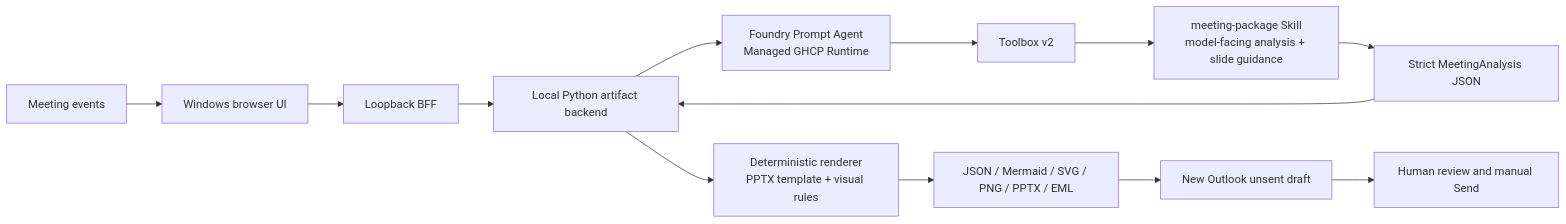
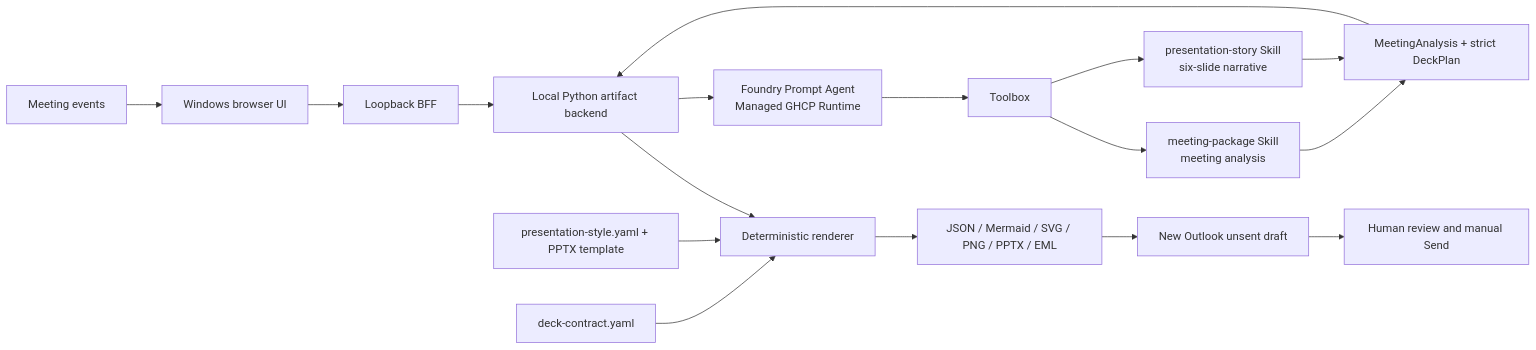
The diagram in Agents/Meeting-Agent/managed-agent/docs/MANAGED-IMPLEMENTATION.md (david-xinyuwei/david-share), drawn with Mermaid before and after one commit. The commit also changed other lines of this file and 48 other files, not shown here.

Commit message:
feat(meeting-agent): decouple presentation planning and style

````diff
--- a/Agents/Meeting-Agent/managed-agent/docs/MANAGED-IMPLEMENTATION.md
+++ b/Agents/Meeting-Agent/managed-agent/docs/MANAGED-IMPLEMENTATION.md
@@ -158,15 +160,19 @@
 ```mermaid
 flowchart LR
     E[Meeting events] --> UI[Windows browser UI]
     UI --> BFF[Loopback BFF]
     BFF --> API[Local Python artifact backend]
   API --> MA[Foundry Prompt Agent\nManaged GHCP Runtime]
-  MA --> TB[Toolbox v2]
-  TB --> S[meeting-package Skill\nmodel-facing analysis + slide guidance]
-  S --> J[Strict MeetingAnalysis JSON]
+  MA --> TB[Toolbox]
+  TB --> S1[meeting-package Skill\nmeeting analysis]
+  TB --> S2[presentation-story Skill\nsix-slide narrative]
+  S1 --> J[MeetingAnalysis + strict DeckPlan]
+  S2 --> J
   J --> API
-  API --> R[Deterministic renderer\nPPTX template + visual rules]
+  C[deck-contract.yaml] --> R[Deterministic renderer]
+  V[presentation-style.yaml + PPTX template] --> R
+  API --> R
   R --> A[JSON / Mermaid / SVG / PNG / PPTX / EML]
     A --> O[New Outlook unsent draft]
     O --> H[Human review and manual Send]
 ```
````
